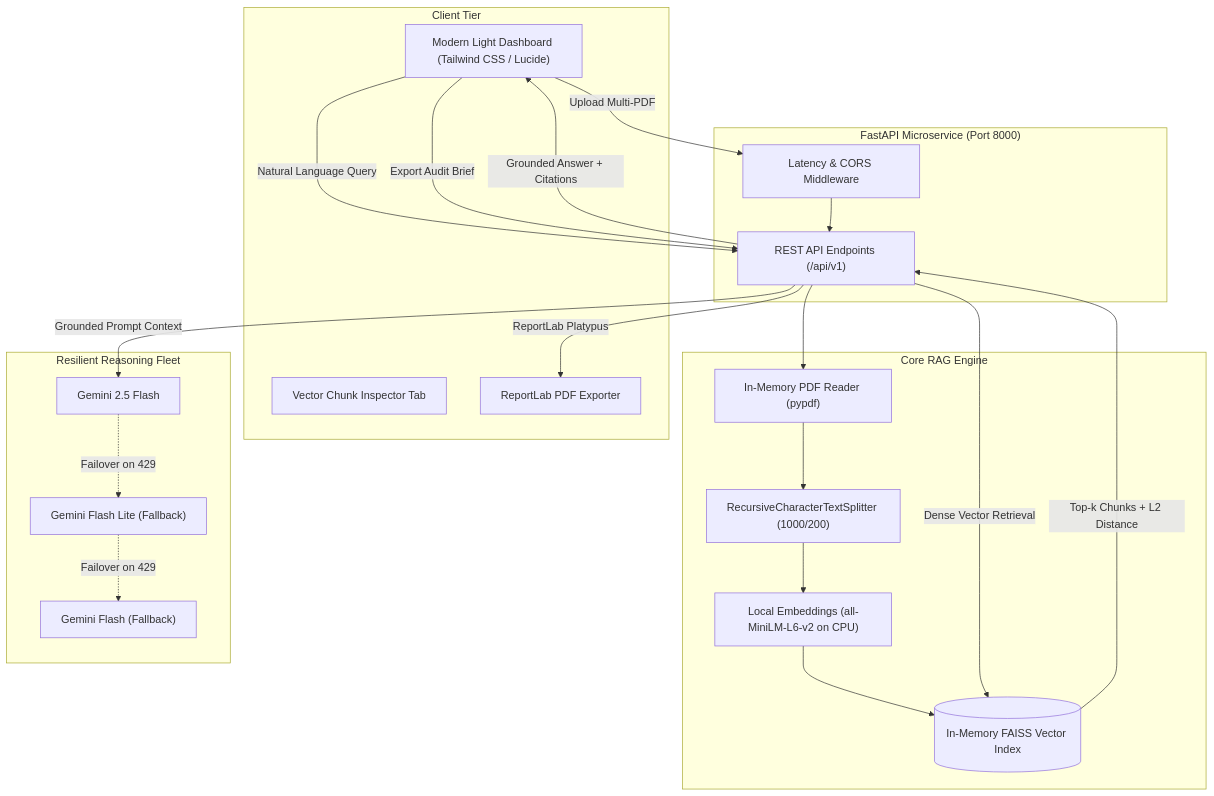
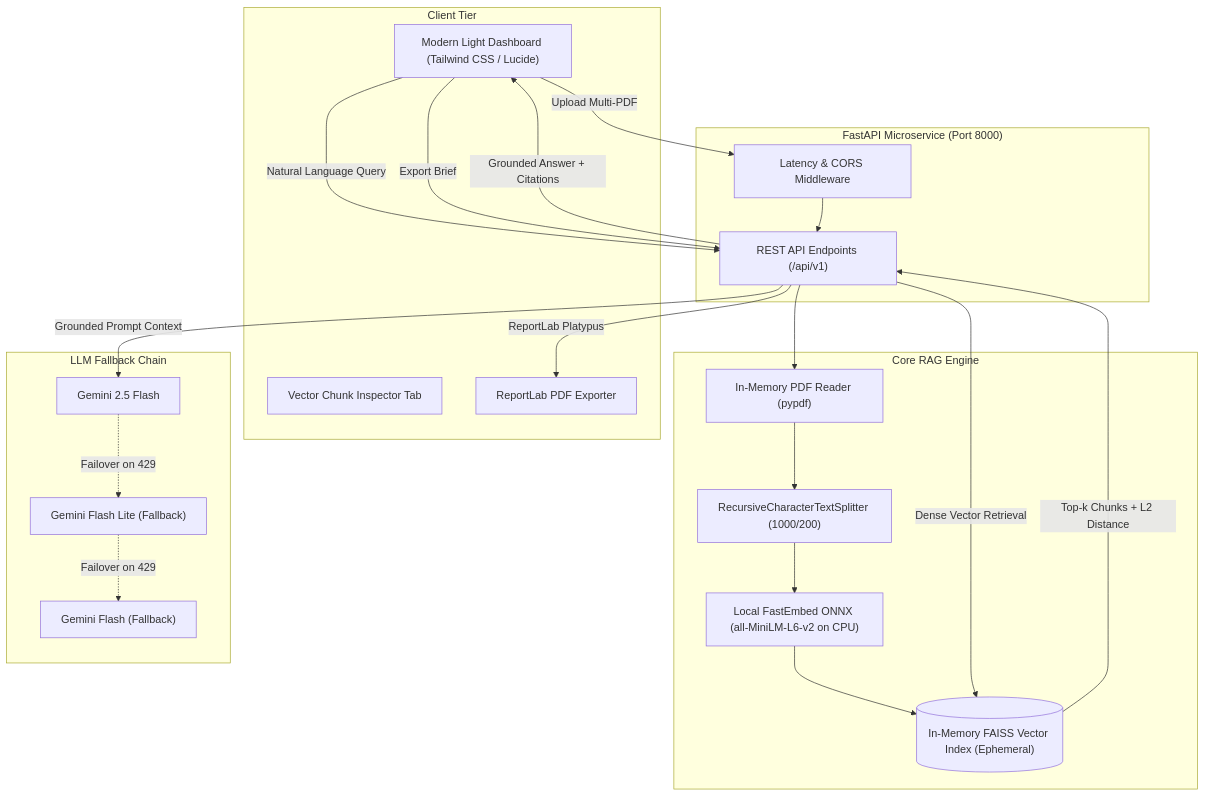
One commit to Dhruv-Panwar042/DocuVault-AI changed the diagram in README.md. Above: the diagram before and after it, drawn with Mermaid. The commit also changed other lines of this file and 3 other files, not shown here.

Commit message:
docs: overhaul README with architectural trade-offs, reconcile RAM metrics, and clean repo structure

````diff
--- a/README.md
+++ b/README.md
@@ -46,44 +71,44 @@
 ```mermaid
 flowchart TD
     subgraph Client["Client Tier"]
         UI["Modern Light Dashboard (Tailwind CSS / Lucide)"]
         Inspector["Vector Chunk Inspector Tab"]
         Export["ReportLab PDF Exporter"]
     end
 
     subgraph API["FastAPI Microservice (Port 8000)"]
         Middleware["Latency & CORS Middleware"]
         Endpoints["REST API Endpoints (/api/v1)"]
     end
 
     subgraph Core["Core RAG Engine"]
         Parser["In-Memory PDF Reader (pypdf)"]
         Splitter["RecursiveCharacterTextSplitter (1000/200)"]
-        Embedder["Local Embeddings (all-MiniLM-L6-v2 on CPU)"]
-        VectorStore[("In-Memory FAISS Vector Index")]
+        Embedder["Local FastEmbed ONNX (all-MiniLM-L6-v2 on CPU)"]
+        VectorStore[("In-Memory FAISS Vector Index (Ephemeral)")]
     end
 
-    subgraph LLM["Resilient Reasoning Fleet"]
+    subgraph LLM["LLM Fallback Chain"]
         G25["Gemini 2.5 Flash"]
         Lite["Gemini Flash Lite (Fallback)"]
         Legacy["Gemini Flash (Fallback)"]
     end
 
     UI -->|Upload Multi-PDF| Middleware
     Middleware --> Endpoints
     Endpoints --> Parser
     Parser --> Splitter
     Splitter --> Embedder
     Embedder --> VectorStore
 
     UI -->|Natural Language Query| Endpoints
     Endpoints -->|Dense Vector Retrieval| VectorStore
     VectorStore -->|Top-k Chunks + L2 Distance| Endpoints
     Endpoints -->|Grounded Prompt Context| G25
     G25 -.->|Failover on 429| Lite
     Lite -.->|Failover on 429| Legacy
     Endpoints -->|Grounded Answer + Citations| UI
 
-    UI -->|Export Audit Brief| Endpoints
+    UI -->|Export Brief| Endpoints
     Endpoints -->|ReportLab Platypus| Export
 ```
````
